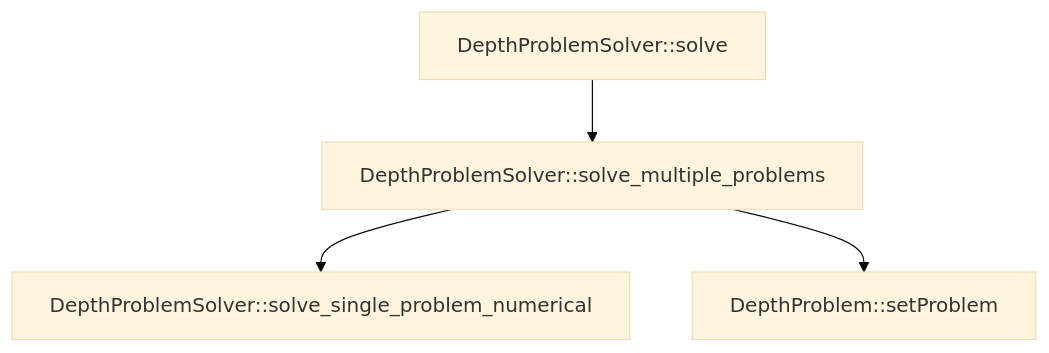
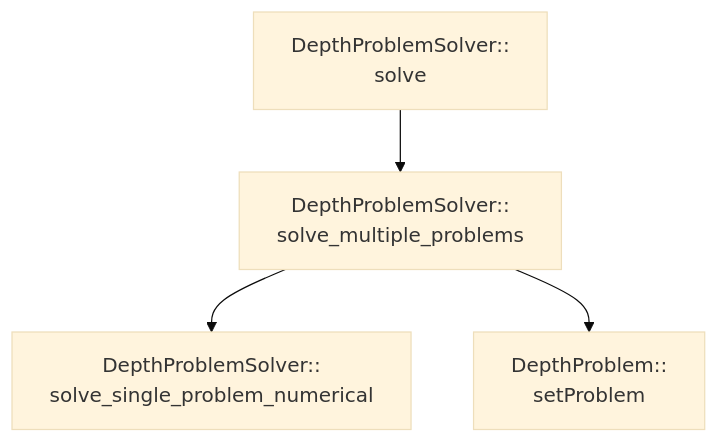
The third of 3 diagrams in _posts/2023-10-17-ESVO.md (2c984r83y/2c984r83y.github.io), drawn with Mermaid (base theme) before and after one commit. The commit also changed other lines of this file, not shown here.

````diff
--- a/_posts/2023-10-17-ESVO.md
+++ b/_posts/2023-10-17-ESVO.md
@@ -742,9 +778,13 @@
 ```mermaid
 graph 
-A[DepthProblemSolver::solve]
-B[DepthProblemSolver::solve_multiple_problems]
-C[DepthProblemSolver::solve_single_problem_numerical]
-D[DepthProblem::setProblem]
+A[DepthProblemSolver::
+solve]
+B[DepthProblemSolver::
+solve_multiple_problems]
+C[DepthProblemSolver::
+solve_single_problem_numerical]
+D[DepthProblem::
+setProblem]
 A --> B --> C
 B --> D
 ```
````
